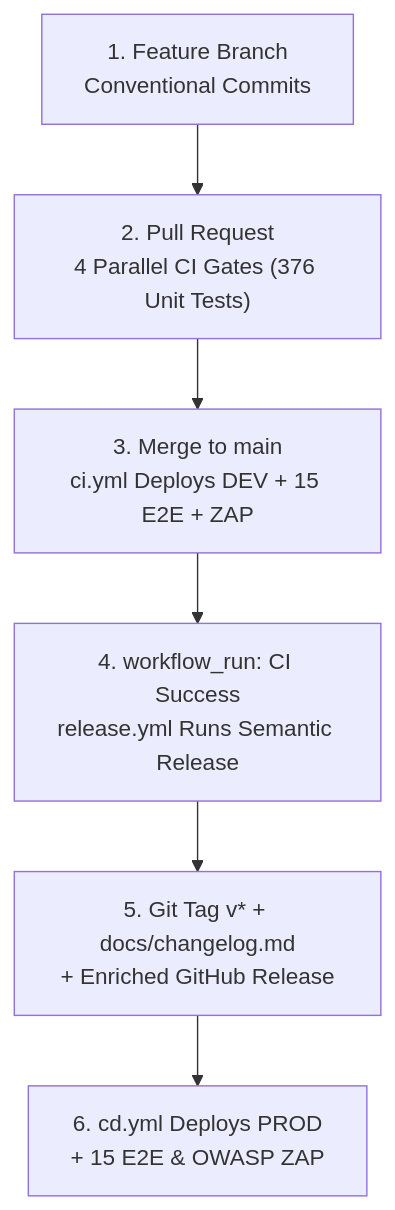
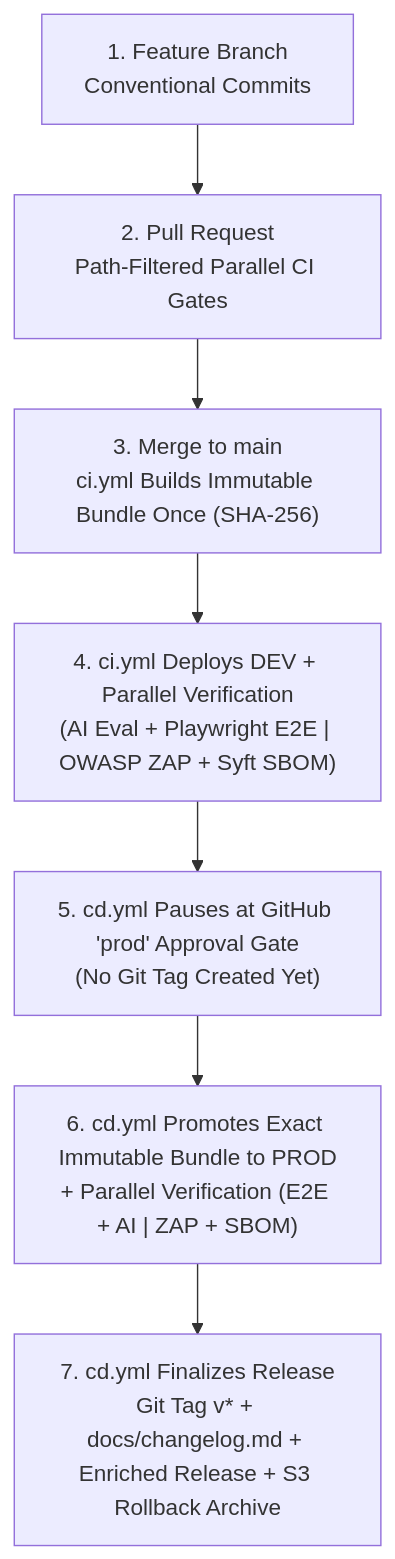
The diagram in docs/release_process.md (venkatesh-singamsetty/cricscore), drawn with Mermaid before and after one commit. The commit also changed other lines of this file and 57 other files, not shown here.

First line of the commit message:
feat(cicd): immutable 2-env promotion, post-prod SemVer releases, tag rollback, and drift fix (#369)

````diff
--- a/docs/release_process.md
+++ b/docs/release_process.md
@@ -5,8 +5,9 @@
 ```mermaid
 flowchart TD
-    A["1. Feature Branch\nConventional Commits"] --> B["2. Pull Request\n4 Parallel CI Gates (376 Unit Tests)"]
-    B --> C["3. Merge to main\nci.yml Deploys DEV + 15 E2E + ZAP"]
-    C --> D["4. workflow_run: CI Success\nrelease.yml Runs Semantic Release"]
-    D --> E["5. Git Tag v* + docs/changelog.md\n+ Enriched GitHub Release"]
-    E --> F["6. cd.yml Deploys PROD\n+ 15 E2E & OWASP ZAP"]
+    A["1. Feature Branch\nConventional Commits"] --> B["2. Pull Request\nPath-Filtered Parallel CI Gates"]
+    B --> C["3. Merge to main\nci.yml Builds Immutable Bundle Once (SHA-256)"]
+    C --> D["4. ci.yml Deploys DEV + Parallel Verification\n(AI Eval + Playwright E2E | OWASP ZAP + Syft SBOM)"]
+    D --> E["5. cd.yml Pauses at GitHub 'prod' Approval Gate\n(No Git Tag Created Yet)"]
+    E --> F["6. cd.yml Promotes Exact Immutable Bundle to PROD\n+ Parallel Verification (E2E + AI | ZAP + SBOM)"]
+    F --> G["7. cd.yml Finalizes Release\nGit Tag v* + docs/changelog.md + Enriched Release + S3 Rollback Archive"]
 ```
````
